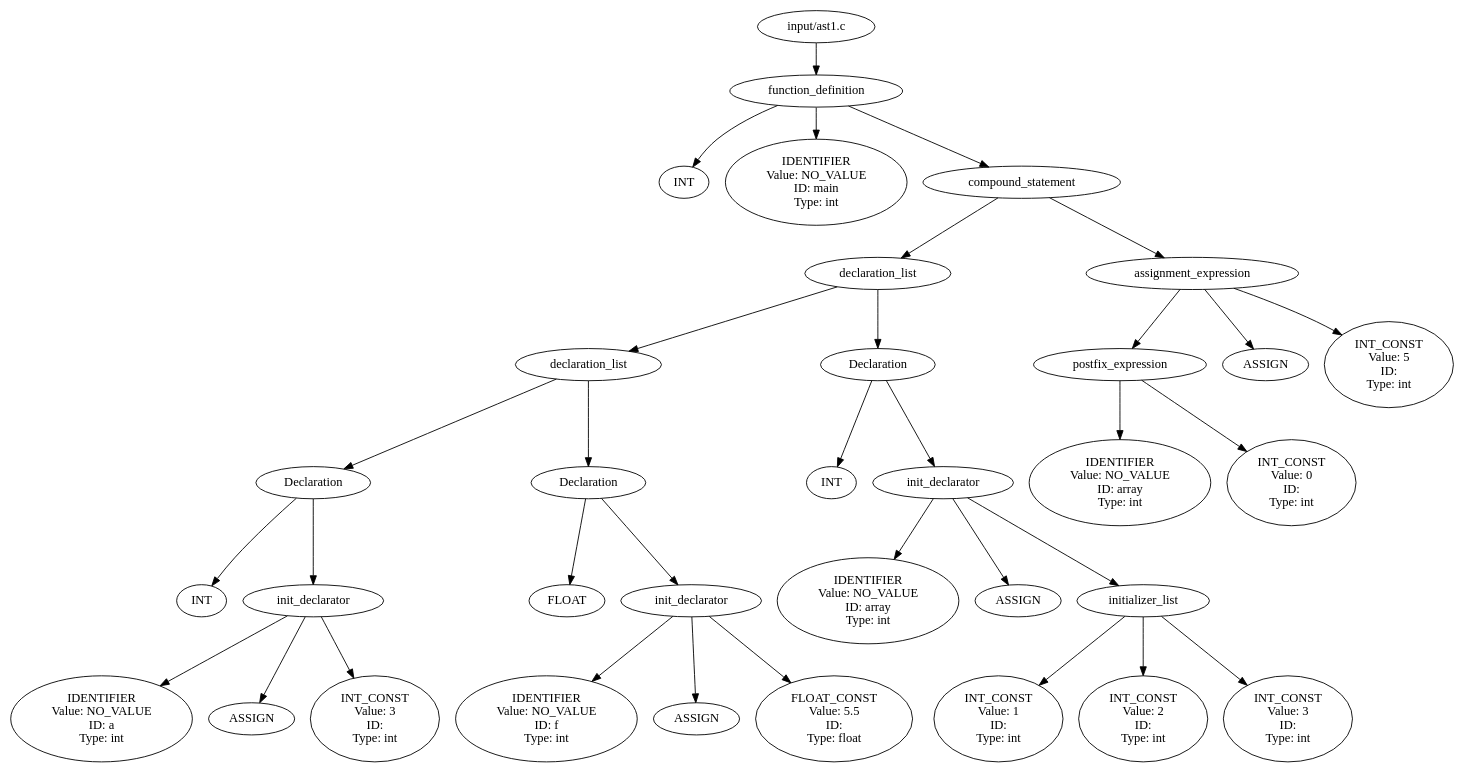
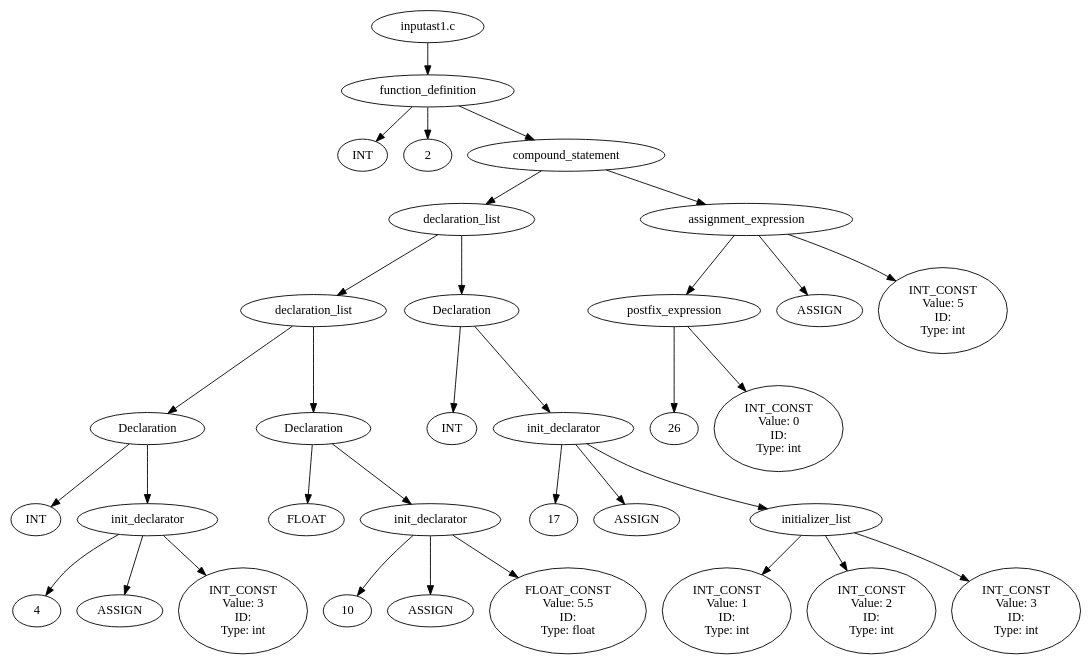
Before and after one commit to matthewbeck1998/bgp: the diagram in bgp/output/treeOut.dot, drawn with Graphviz. The commit also changed 4 other files, not shown here.

```diff
--- a/bgp/output/treeOut.dot
+++ b/bgp/output/treeOut.dot
@@ -1,105 +1,85 @@
 digraph G {
-0[label = "input/ast1.c"];
+0[label = "input\ast1.c"];
 0 -> 33
 33[label = "function_definition"];
 33 -> 1
 1[label = "INT"];
 33 -> 2
-2[label = "IDENTIFIER
-Value: NO_VALUE
-ID: main
-Type: int"];
 33 -> 32
 32[label = "compound_statement"];
 32 -> 25
 25[label = "declaration_list"];
 25 -> 15
 15[label = "declaration_list"];
 15 -> 8
 8[label = "Declaration"];
 8 -> 3
 3[label = "INT"];
 8 -> 6
 6[label = "init_declarator"];
 6 -> 4
-4[label = "IDENTIFIER
-Value: NO_VALUE
-ID: a
-Type: int"];
 6 -> 7
 7[label = "ASSIGN"];
 6 -> 5
 5[label = "INT_CONST
 Value: 3
-ID:
+ID: 
 Type: int"];
 15 -> 14
 14[label = "Declaration"];
 14 -> 9
 9[label = "FLOAT"];
 14 -> 12
 12[label = "init_declarator"];
 12 -> 10
-10[label = "IDENTIFIER
-Value: NO_VALUE
-ID: f
-Type: int"];
 12 -> 13
 13[label = "ASSIGN"];
 12 -> 11
 11[label = "FLOAT_CONST
 Value: 5.5
-ID:
+ID: 
 Type: float"];
 25 -> 24
 24[label = "Declaration"];
 24 -> 16
 16[label = "INT"];
 24 -> 22
 22[label = "init_declarator"];
 22 -> 17
-17[label = "IDENTIFIER
-Value: NO_VALUE
-ID: array
-Type: int"];
 22 -> 23
 23[label = "ASSIGN"];
 22 -> 19
 19[label = "initializer_list"];
 19 -> 18
 18[label = "INT_CONST
 Value: 1
-ID:
+ID: 
 Type: int"];
 19 -> 20
 20[label = "INT_CONST
 Value: 2
-ID:
+ID: 
 Type: int"];
 19 -> 21
 21[label = "INT_CONST
 Value: 3
-ID:
+ID: 
 Type: int"];
 32 -> 31
 31[label = "assignment_expression"];
 31 -> 28
 28[label = "postfix_expression"];
 28 -> 26
-26[label = "IDENTIFIER
-Value: NO_VALUE
-ID: array
-Type: int"];
 28 -> 27
 27[label = "INT_CONST
 Value: 0
-ID:
+ID: 
 Type: int"];
 31 -> 29
 29[label = "ASSIGN"];
 31 -> 30
 30[label = "INT_CONST
 Value: 5
-ID:
+ID: 
 Type: int"];
 }
```
